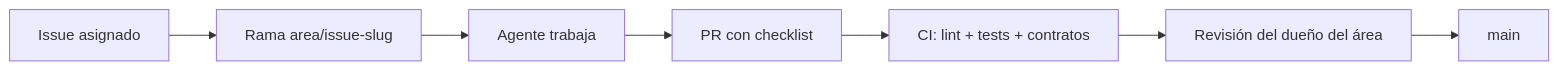
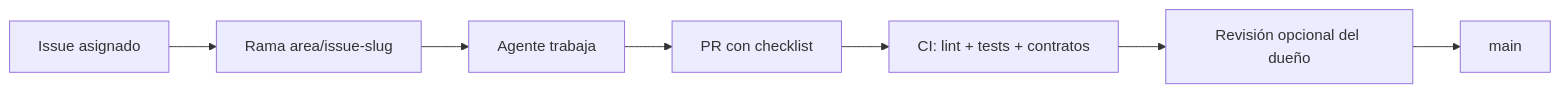
The diagram in docs/collaboration.md (Alanzphy/Earth-System-Trend-Detective), drawn with Mermaid before and after one commit. The commit also changed other lines of this file and 2 other files, not shown here.

````diff
--- a/docs/collaboration.md
+++ b/docs/collaboration.md
@@ -14,9 +14,9 @@
 ```mermaid
 flowchart LR
   I[Issue asignado] --> B[Rama area/issue-slug]
   B --> A[Agente trabaja]
   A --> PR[PR con checklist]
   PR --> CI[CI: lint + tests + contratos]
-  CI --> R[Revisión del dueño del área]
+  CI --> R[Revisión opcional del dueño]
   R --> M[main]
 ```
````
